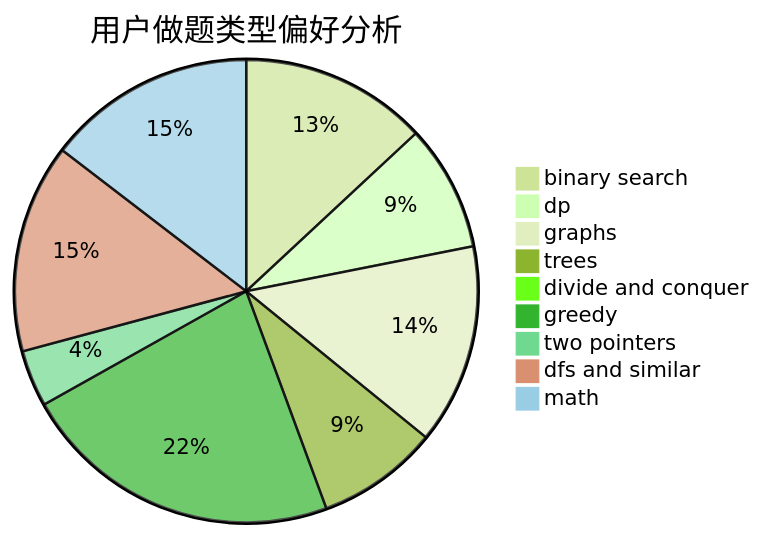
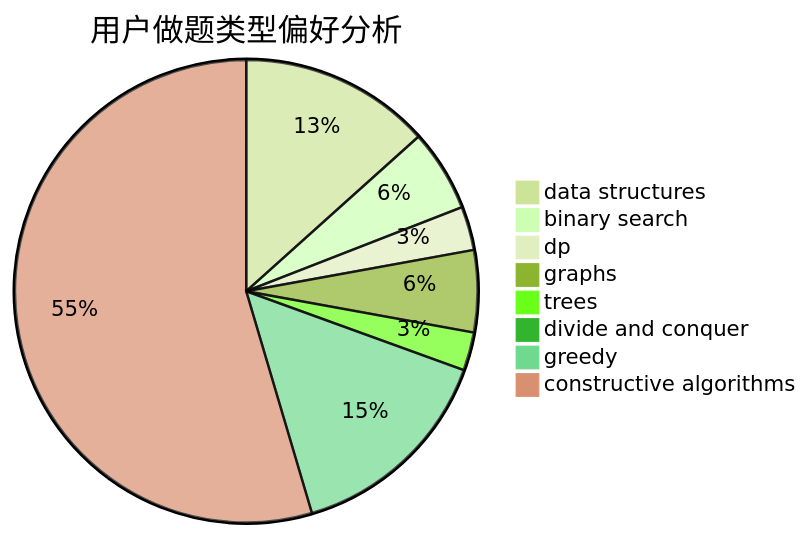
Before and after one commit to sherpahu/cfrs.github.io: the second of 3 diagrams in docs/user/u1447.md, drawn with Mermaid (forest theme). The commit also changed other lines of this file and 2775 other files, not shown here.

````diff
--- a/docs/user/u1447.md
+++ b/docs/user/u1447.md
@@ -23,12 +23,11 @@
 ```mermaid
 pie title 用户做题类型偏好分析
-    "binary search" :  43
-    "dp" :  29
-    "graphs" :  46
-    "trees" :  28
+    "data structures" :  35
+    "binary search" :  15
+    "dp" :  8
+    "graphs" :  15
+    "trees" :  7
     "divide and conquer" :  0
-    "greedy" :  74
-    "two pointers" :  13
-    "dfs and similar" :  48
-    "math" :  48
+    "greedy" :  39
+    "constructive algorithms" :  143
 ```
````
